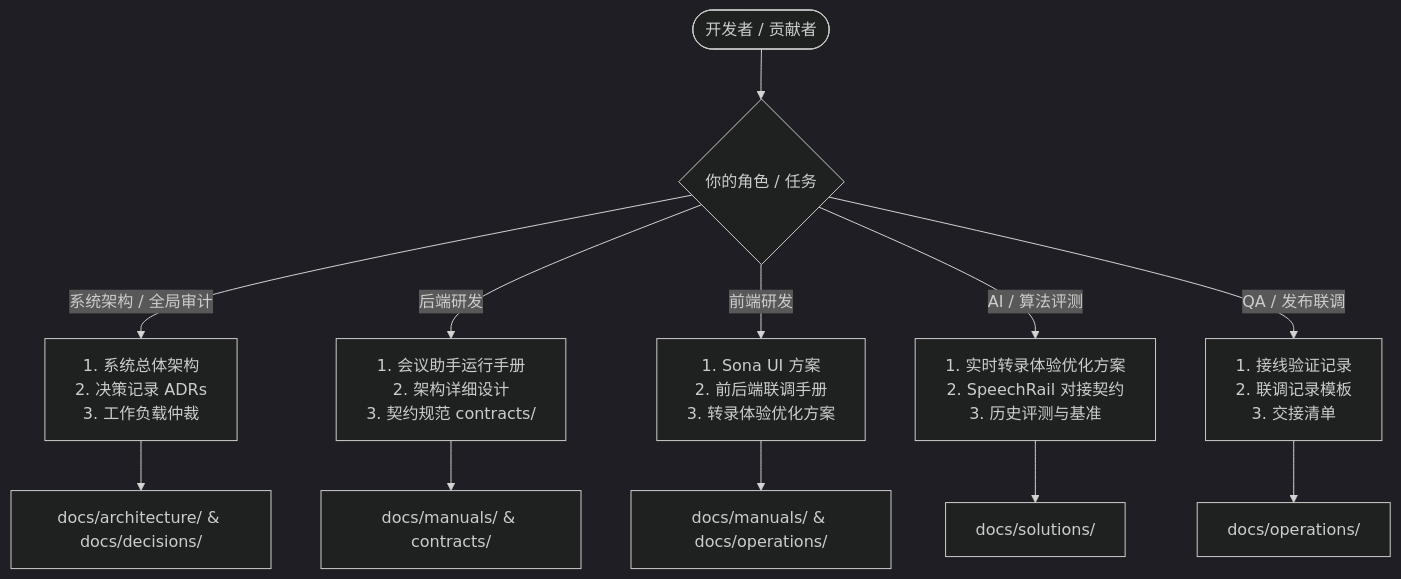
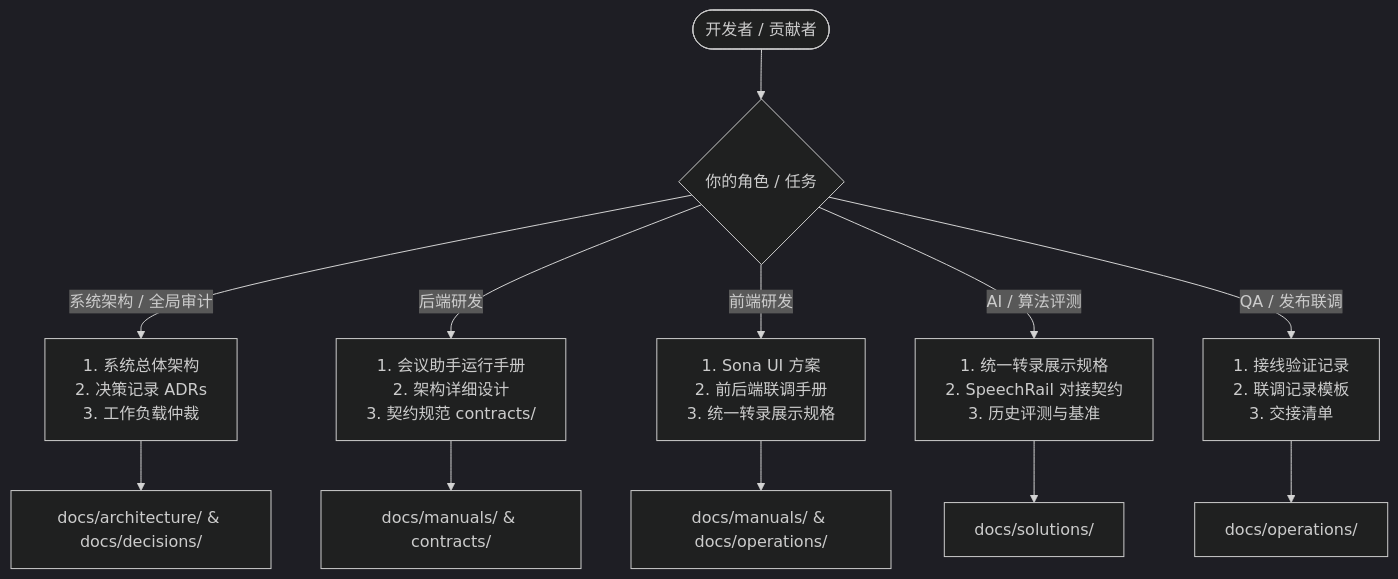
The diagram in docs/README.md (hrygo/sona), drawn with Mermaid (dark theme) before and after one commit. The commit also changed other lines of this file and 7 other files, not shown here.

````diff
--- a/docs/README.md
+++ b/docs/README.md
@@ -121,16 +120,16 @@
 ```mermaid
 graph TD
     User([开发者 / 贡献者]) --> Role{你的角色 / 任务}
     
     Role -->|系统架构 / 全局审计| Arc[1. 系统总体架构<br/>2. 决策记录 ADRs<br/>3. 工作负载仲裁]
     Role -->|后端研发| Be[1. 会议助手运行手册<br/>2. 架构详细设计<br/>3. 契约规范 contracts/]
-    Role -->|前端研发| Fe[1. Sona UI 方案<br/>2. 前后端联调手册<br/>3. 转录体验优化方案]
-    Role -->|AI / 算法评测| Algo[1. 实时转录体验优化方案<br/>2. SpeechRail 对接契约<br/>3. 历史评测与基准]
+    Role -->|前端研发| Fe[1. Sona UI 方案<br/>2. 前后端联调手册<br/>3. 统一转录展示规格]
+    Role -->|AI / 算法评测| Algo[1. 统一转录展示规格<br/>2. SpeechRail 对接契约<br/>3. 历史评测与基准]
     Role -->|QA / 发布联调| Qa[1. 接线验证记录<br/>2. 联调记录模板<br/>3. 交接清单]
 
     Arc --> ArcDocs[docs/architecture/ & docs/decisions/]
     Be --> BeDocs[docs/manuals/ & contracts/]
     Fe --> FeDocs[docs/manuals/ & docs/operations/]
     Algo --> AlgoDocs[docs/solutions/]
     Qa --> QaDocs[docs/operations/]
 ```
````
